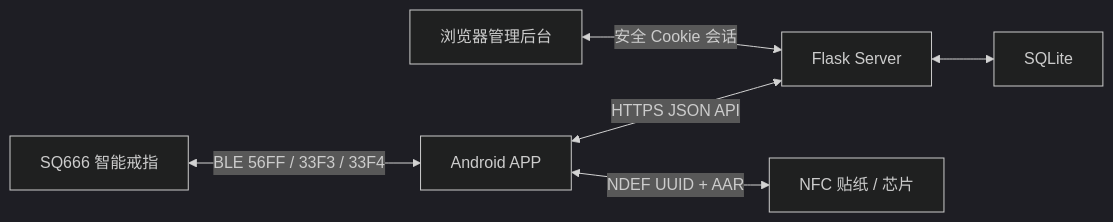
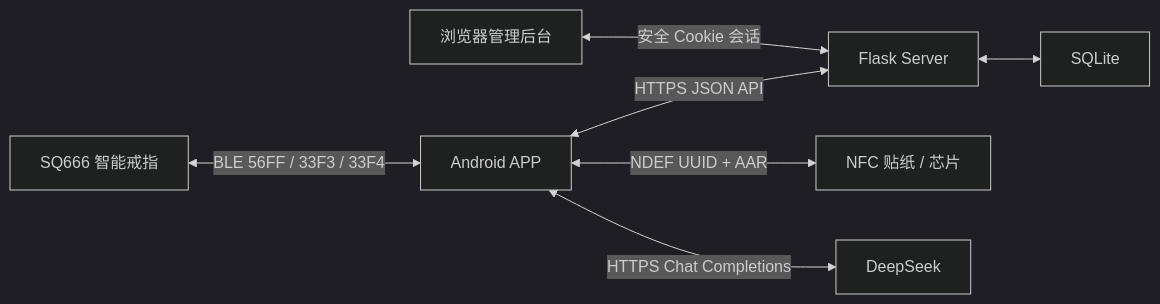
The first of 2 diagrams in README.md (panda7802/smartRing), drawn with Mermaid (dark theme) before and after one commit. The commit also changed other lines of this file and 27 other files, not shown here.

````diff
--- a/README.md
+++ b/README.md
@@ -14,8 +14,9 @@
 ```mermaid
 flowchart LR
     R["SQ666 智能戒指"] <-->|"BLE 56FF / 33F3 / 33F4"| A["Android APP"]
     A <-->|"HTTPS JSON API"| S["Flask Server"]
     S <--> D["SQLite"]
     A <-->|"NDEF UUID + AAR"| N["NFC 贴纸 / 芯片"]
+    A <-->|"HTTPS Chat Completions"| AI["DeepSeek"]
     B["浏览器管理后台"] <-->|"安全 Cookie 会话"| S
 ```
````
